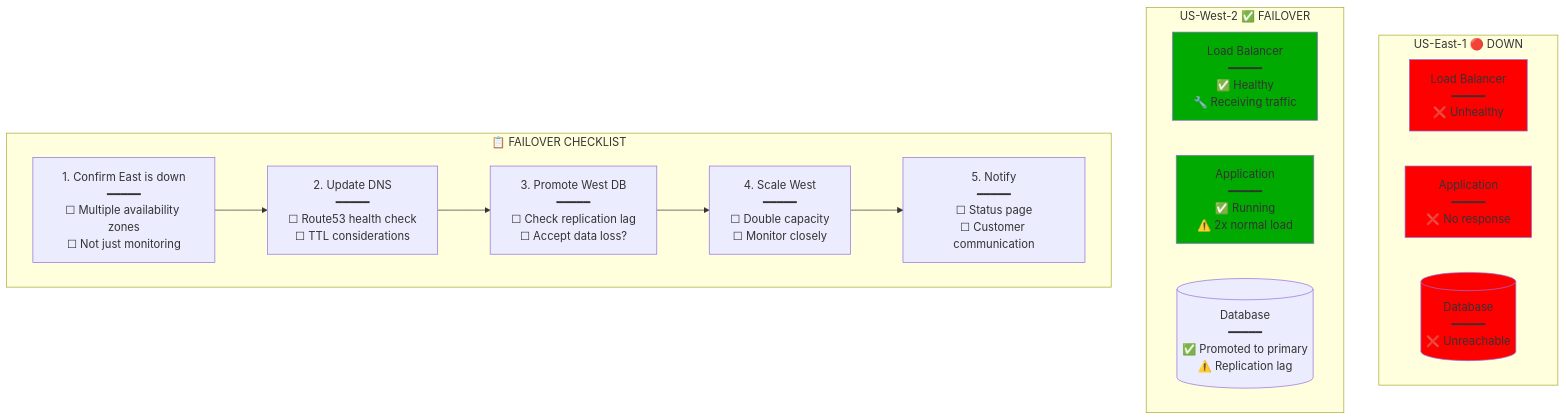
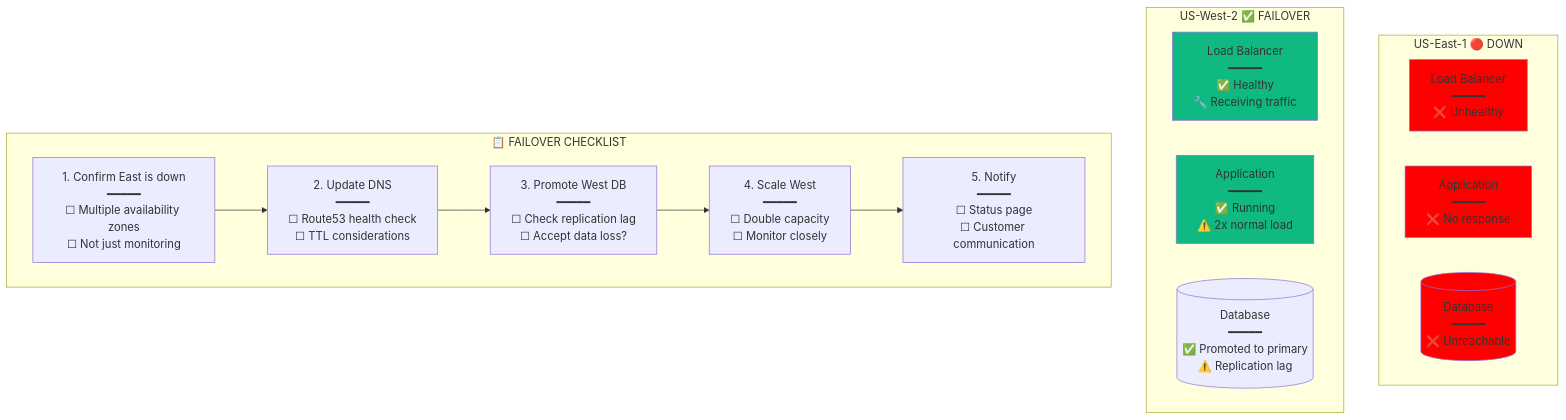
One commit to deepaucksharma/DS changed the seventh of 8 diagrams in site/docs/diagrams/INCIDENT_RESPONSE_TEMPLATES.md. Above: the diagram before and after it, drawn with Mermaid. The commit also changed other lines of this file and 303 other files, not shown here.

````diff
--- a/site/docs/diagrams/INCIDENT_RESPONSE_TEMPLATES.md
+++ b/site/docs/diagrams/INCIDENT_RESPONSE_TEMPLATES.md
@@ -192,30 +192,30 @@
 ```mermaid
 graph TB
     subgraph "US-East-1 🔴 DOWN"
         USE1_LB[Load Balancer<br/>━━━━━<br/>❌ Unhealthy]
         USE1_APP[Application<br/>━━━━━<br/>❌ No response]
         USE1_DB[(Database<br/>━━━━━<br/>❌ Unreachable)]
     end
 
     subgraph "US-West-2 ✅ FAILOVER"
         USW2_LB[Load Balancer<br/>━━━━━<br/>✅ Healthy<br/>🔧 Receiving traffic]
         USW2_APP[Application<br/>━━━━━<br/>✅ Running<br/>⚠️ 2x normal load]
         USW2_DB[(Database<br/>━━━━━<br/>✅ Promoted to primary<br/>⚠️ Replication lag)]
     end
 
     subgraph "📋 FAILOVER CHECKLIST"
         Step1[1. Confirm East is down<br/>━━━━━<br/>☐ Multiple availability zones<br/>☐ Not just monitoring]
         Step2[2. Update DNS<br/>━━━━━<br/>☐ Route53 health check<br/>☐ TTL considerations]
         Step3[3. Promote West DB<br/>━━━━━<br/>☐ Check replication lag<br/>☐ Accept data loss?]
         Step4[4. Scale West<br/>━━━━━<br/>☐ Double capacity<br/>☐ Monitor closely]
         Step5[5. Notify<br/>━━━━━<br/>☐ Status page<br/>☐ Customer communication]
 
         Step1 --> Step2 --> Step3 --> Step4 --> Step5
     end
 
     style USE1_LB fill:#ff0000
     style USE1_APP fill:#ff0000
     style USE1_DB fill:#ff0000
-    style USW2_LB fill:#00aa00
-    style USW2_APP fill:#00aa00
+    style USW2_LB fill:#10B981
+    style USW2_APP fill:#10B981
 ```
````
